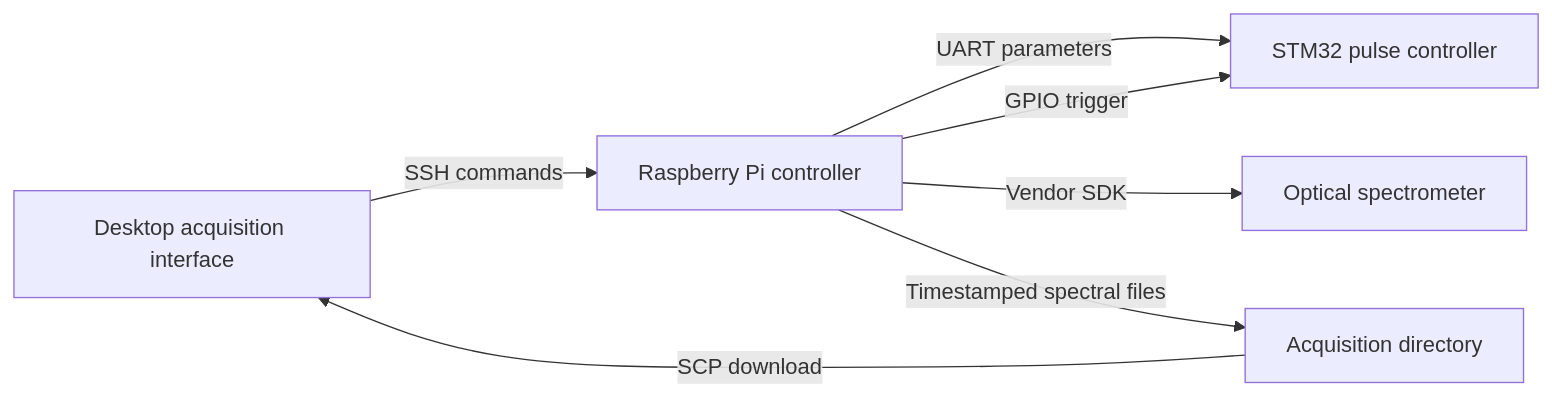
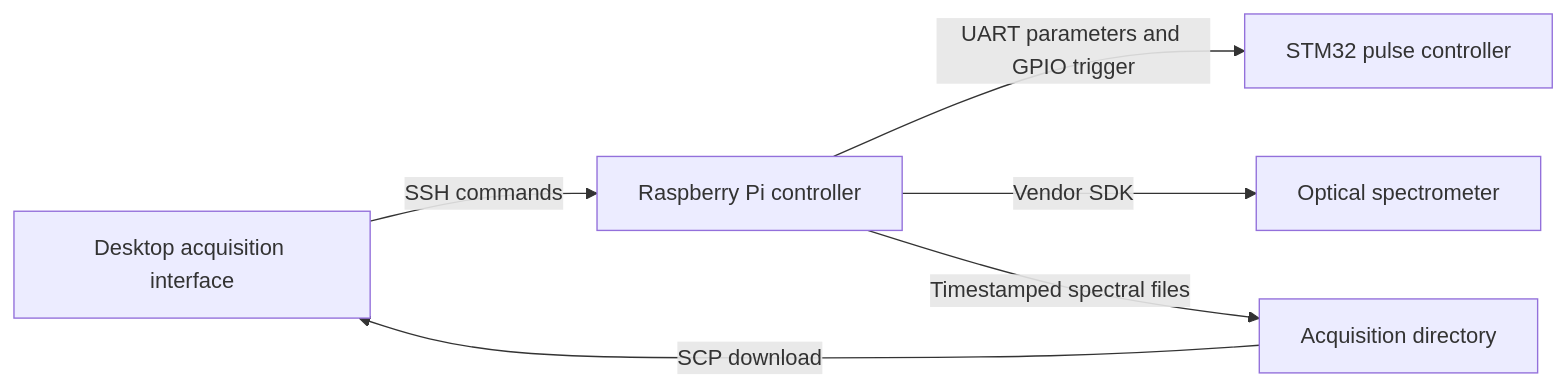
One commit to liangyuchen-research/laboratory-instrument-control changed the diagram in README.md. Above: the diagram before and after it, drawn with Mermaid. The commit also changed other lines of this file and 4 other files, not shown here.

````diff
--- a/README.md
+++ b/README.md
@@ -22,9 +9,8 @@
 ```mermaid
 flowchart LR
     A[Desktop acquisition interface] -->|SSH commands| B[Raspberry Pi controller]
-    B -->|UART parameters| C[STM32 pulse controller]
-    B -->|GPIO trigger| C
+    B -->|UART parameters and GPIO trigger| C[STM32 pulse controller]
     B -->|Vendor SDK| D[Optical spectrometer]
     B -->|Timestamped spectral files| E[Acquisition directory]
     E -->|SCP download| A
 ```
````
